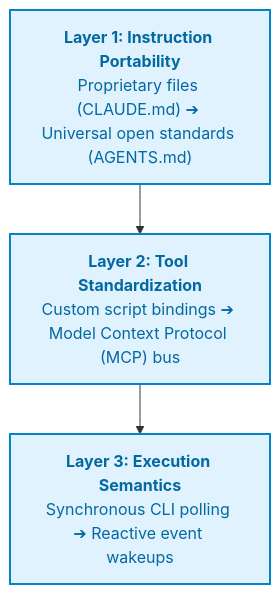
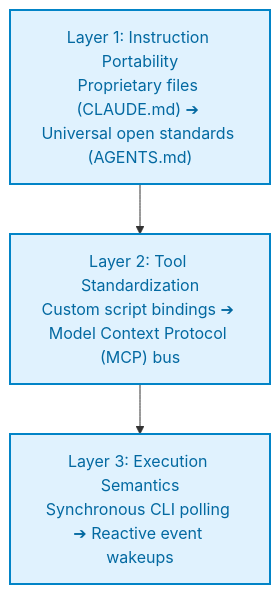
The third of 4 diagrams in content/english/blog/beyond-the-prompt-inside-the-ai-agent-harness.md (tharun15/gcloudcafe), drawn with Mermaid before and after one commit. The commit also changed other lines of this file and 1 other file, not shown here.

Commit message:
fix(blog): remove raw b tags from Mermaid diagrams and simplify technical jargon

````diff
--- a/content/english/blog/beyond-the-prompt-inside-the-ai-agent-harness.md
+++ b/content/english/blog/beyond-the-prompt-inside-the-ai-agent-harness.md
@@ -205,10 +205,10 @@
 ```mermaid
 flowchart TD
     classDef layer fill:#E0F2FE,stroke:#0284C7,stroke-width:2px,color:#0369A1;
 
-    L1["<b>Layer 1: Instruction Portability</b><br/>Proprietary files (CLAUDE.md) ➔ Universal open standards (AGENTS.md)"]:::layer
-    L2["<b>Layer 2: Tool Standardization</b><br/>Custom script bindings ➔ Model Context Protocol (MCP) bus"]:::layer
-    L3["<b>Layer 3: Execution Semantics</b><br/>Synchronous CLI polling ➔ Reactive event wakeups"]:::layer
+    L1["Layer 1: Instruction Portability<br/>Proprietary files (CLAUDE.md) ➔ Universal open standards (AGENTS.md)"]:::layer
+    L2["Layer 2: Tool Standardization<br/>Custom script bindings ➔ Model Context Protocol (MCP) bus"]:::layer
+    L3["Layer 3: Execution Semantics<br/>Synchronous CLI polling ➔ Reactive event wakeups"]:::layer
 
     L1 --> L2 --> L3
 ```
````
